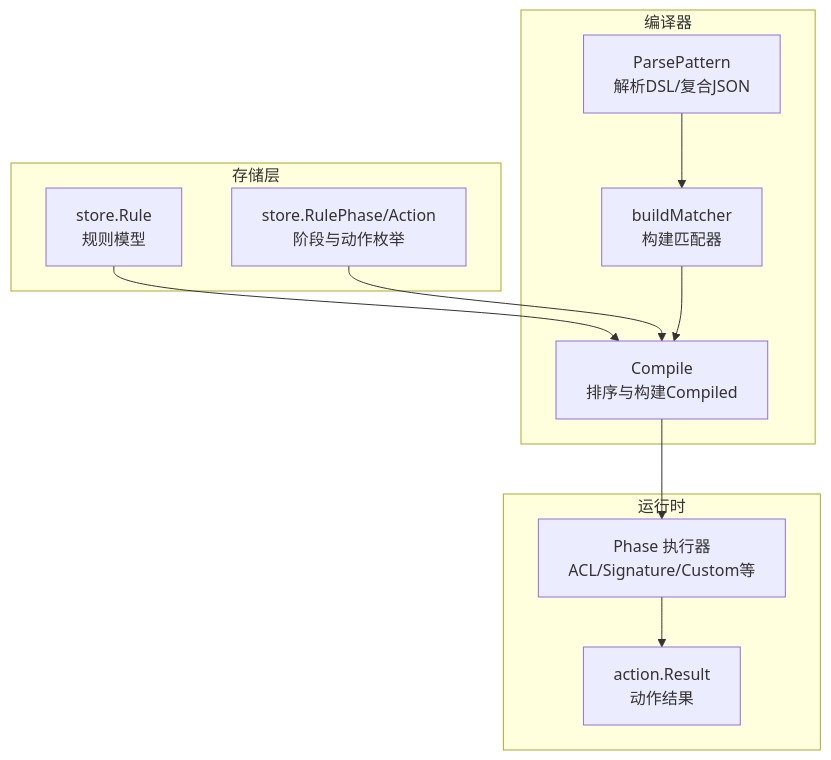
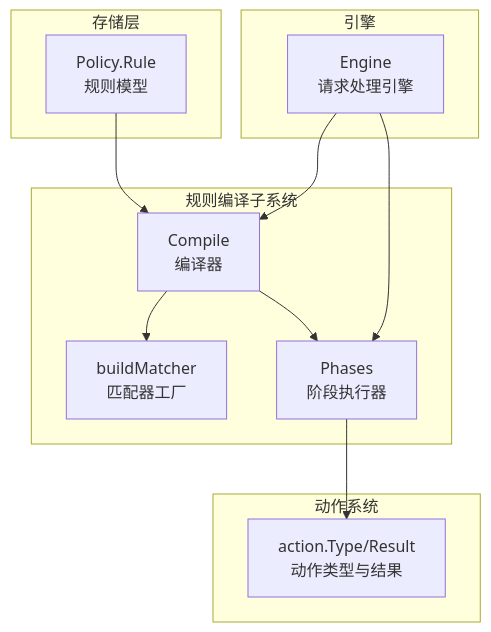
Before and after one commit to x01n/My-OpenWaf: the first of 9 diagrams in docs/WAF 引擎系统/规则编译器.md, drawn with Mermaid. The commit also changed other lines of this file and 199 other files, not shown here.

````diff
--- a/docs/WAF 引擎系统/规则编译器.md
+++ b/docs/WAF 引擎系统/规则编译器.md
@@ -90,19 +36,23 @@
 ```mermaid
 graph TB
 subgraph "存储层"
-SR["store.Rule<br/>规则模型"]
-SP["store.RulePhase/Action<br/>阶段与动作枚举"]
+POL["Policy.Rule<br/>规则模型"]
 end
-subgraph "编译器"
-PP["ParsePattern<br/>解析DSL/复合JSON"]
-BM["buildMatcher<br/>构建匹配器"]
-CMP["Compile<br/>排序与构建Compiled"]
+subgraph "规则编译子系统"
+COMP["Compile<br/>编译器"]
+MATCH["buildMatcher<br/>匹配器工厂"]
+PH["Phases<br/>阶段执行器"]
 end
-subgraph "运行时"
-PH["Phase 执行器<br/>ACL/Signature/Custom等"]
-AC["action.Result<br/>动作结果"]
+subgraph "动作系统"
+ACT["action.Type/Result<br/>动作类型与结果"]
 end
-SR --> CMP
-SP --> CMP
-PP --> BM --> CMP --> PH --> AC
+subgraph "引擎"
+ENG["Engine<br/>请求处理引擎"]
+end
+POL --> COMP
+COMP --> MATCH
+COMP --> PH
+PH --> ACT
+ENG --> PH
+ENG --> COMP
 ```
````
